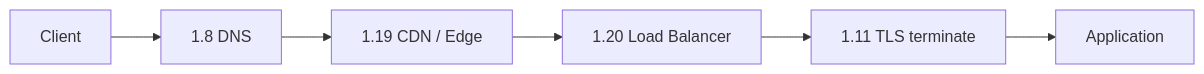
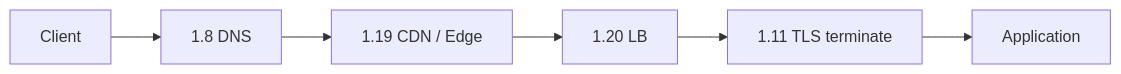
The first of 25 diagrams in 01-networking/README.md (hareramcse/SystemDesign), drawn with Mermaid before and after one commit. The commit also changed other lines of this file and 11 other files, not shown here.

````diff
--- a/01-networking/README.md
+++ b/01-networking/README.md
@@ -54,8 +54,8 @@
 ```mermaid
 flowchart LR
     Client --> DNS[1.8 DNS]
     DNS --> CDN[1.19 CDN / Edge]
-    CDN --> LB[1.20 Load Balancer]
+    CDN --> LB[1.20 LB]
     LB --> TLS[1.11 TLS terminate]
     TLS --> App[Application]
 ```
````
